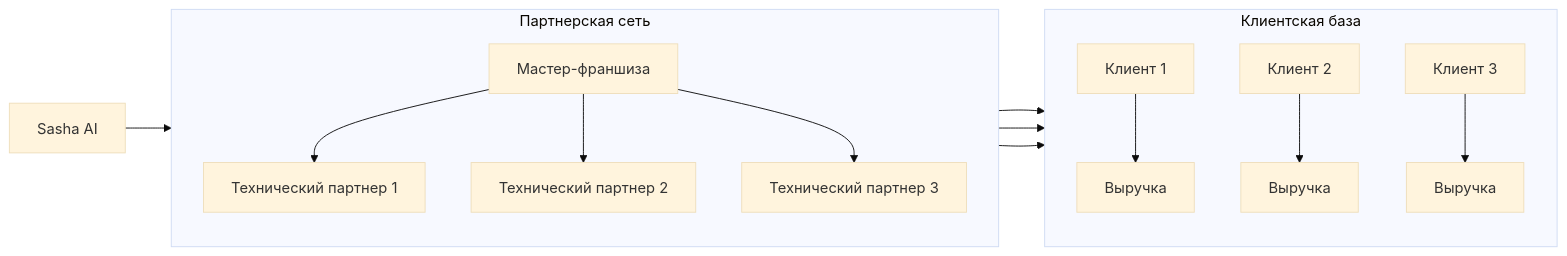
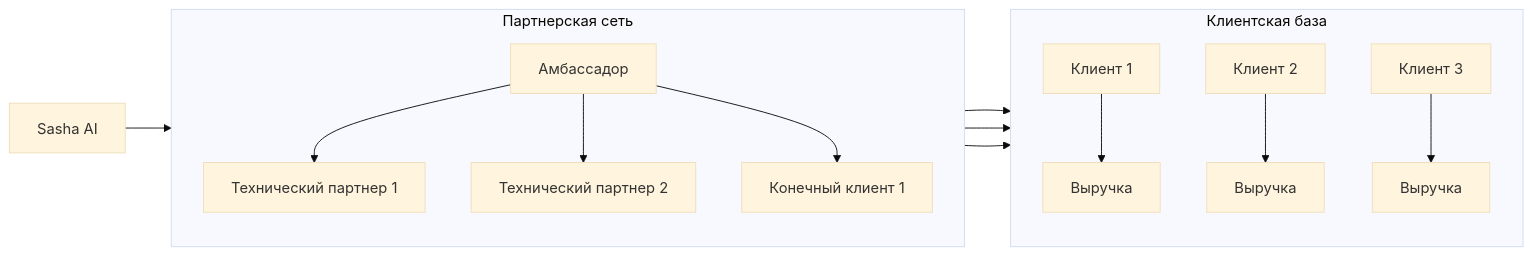
One commit to skinnynpale/docs changed the diagram in partners/affiliate-program.mdx. Above: the diagram before and after it, drawn with Mermaid (base theme). The commit also changed other lines of this file, not shown here.

Commit message:
Обновление документации по партнерской программе: изменены условия комиссионных вознаграждений, переименованы модели партнерства с "Мастер-франшиза" на "Амбассадор", уточнены требования и порядок расчетов.

````diff
--- a/partners/affiliate-program.mdx
+++ b/partners/affiliate-program.mdx
@@ -111,20 +111,20 @@
 ```mermaid
   flowchart LR
     subgraph partners[Партнерская сеть]
         direction TB
-        master[Мастер-франшиза] --> tech1[Технический партнер 1]
+        master[Амбассадор] --> tech1[Технический партнер 1]
         master --> tech2[Технический партнер 2]
-        master --> tech3[Технический партнер 3]
+        master --> tech3[Конечный клиент 1]
     end
     subgraph clients[Клиентская база]
         direction TB
         client1[Клиент 1] --> revenue1[Выручка]
         client2[Клиент 2] --> revenue2[Выручка]
         client3[Клиент 3] --> revenue3[Выручка]
     end
     
     sasha[Sasha AI] --> partners
     tech1 --> client1
     tech2 --> client2
     tech3 --> client3
 ```
````
